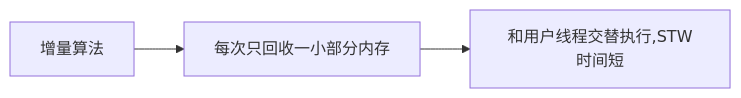
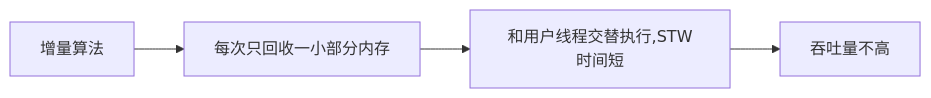
Before and after one commit to csliujw/CodeNotes: the second of 2 diagrams in Java-Virtual-Machine/03-垃圾回收.md, drawn with Mermaid. The commit also changed other lines of this file and 9 other files, not shown here.

````diff
--- a/Java-Virtual-Machine/03-垃圾回收.md
+++ b/Java-Virtual-Machine/03-垃圾回收.md
@@ -397,4 +397,4 @@
 ```mermaid
 graph LR
-增量算法-->每次只回收一小部分内存-->和用户线程交替执行,STW时间短
+增量算法-->每次只回收一小部分内存-->和用户线程交替执行,STW时间短-->吞吐量不高
 ```
````
